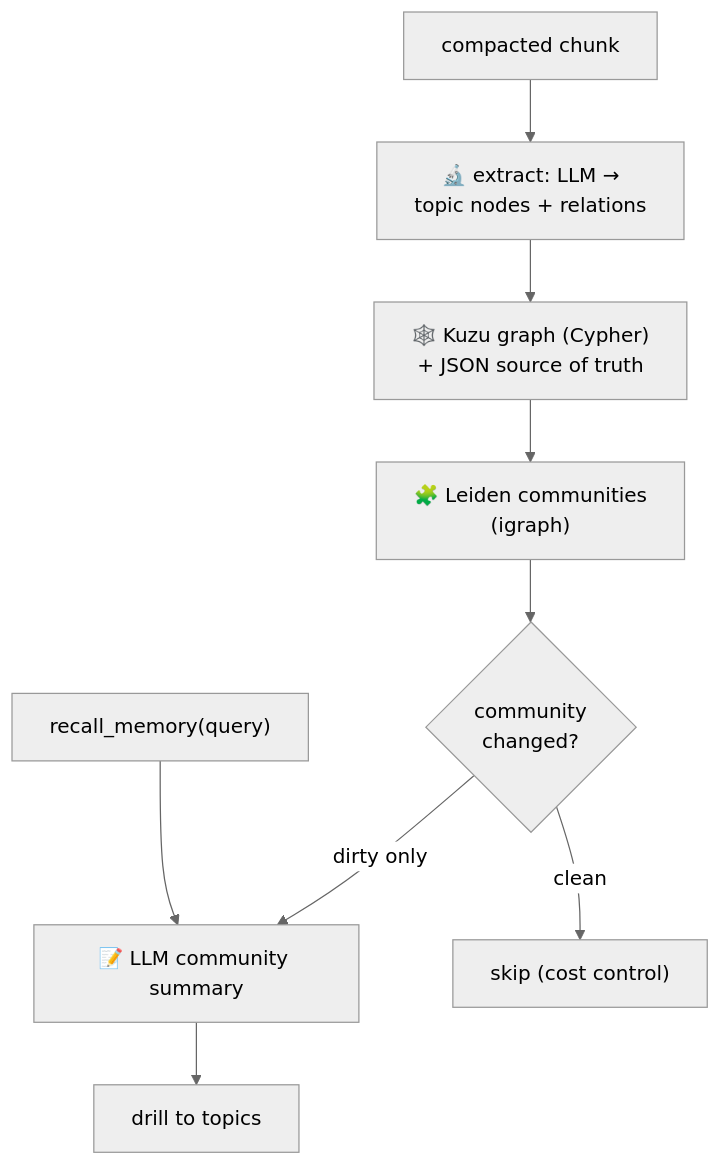
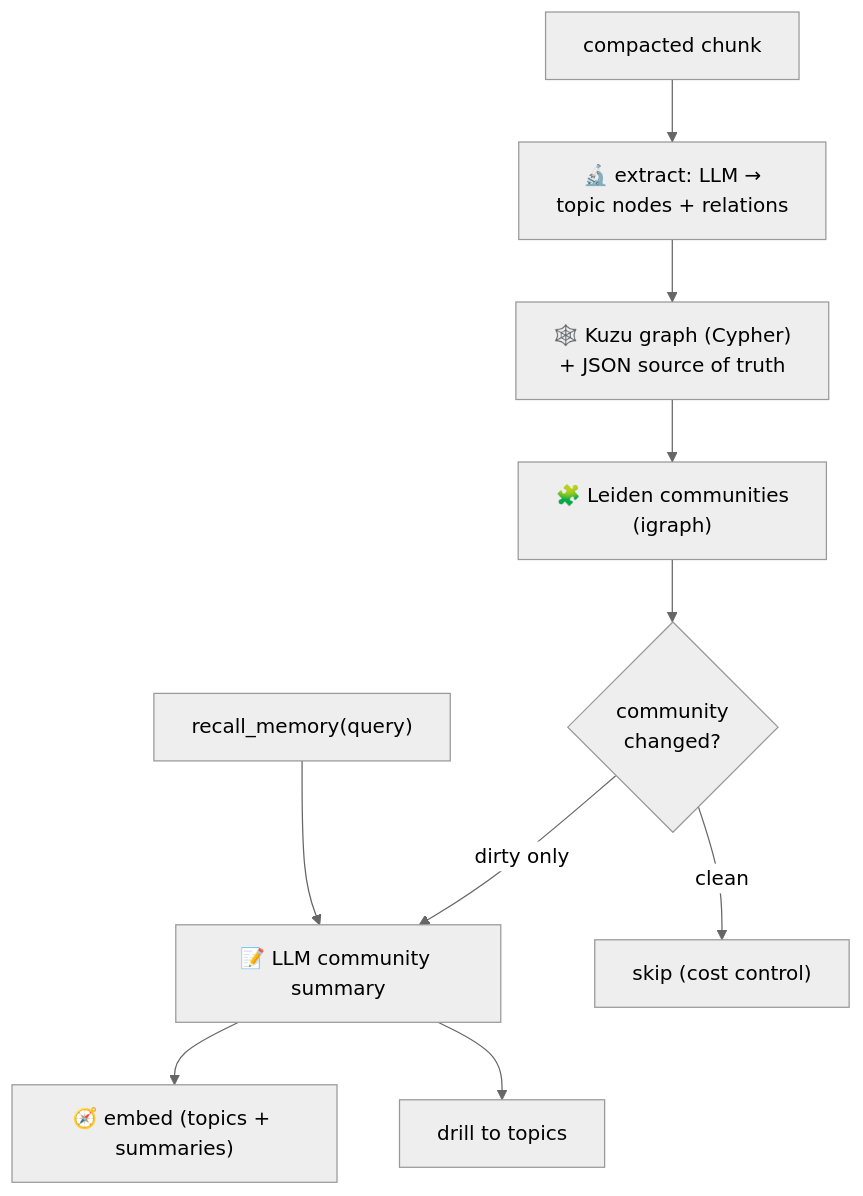
One commit to budaesandrei/talos changed the second of 2 diagrams in docs/13-long-running.md. Above: the diagram before and after it, drawn with Mermaid (neutral theme). The commit also changed other lines of this file and 79 other files, not shown here.

````diff
--- a/docs/13-long-running.md
+++ b/docs/13-long-running.md
@@ -36,11 +36,12 @@
 ```mermaid
 flowchart TB
     C["compacted chunk"] --> E["🔬 extract: LLM →<br/>topic nodes + relations"]
     E --> K["🕸️ Kuzu graph (Cypher)<br/>+ JSON source of truth"]
     K --> L["🧩 Leiden communities<br/>(igraph)"]
     L --> D{"community<br/>changed?"}
     D -- "dirty only" --> SUM["📝 LLM community summary"]
     D -- clean --> SKIP["skip (cost control)"]
+    SUM --> V["🧭 embed (topics + summaries)"]
     Q["recall_memory(query)"] --> SUM
     SUM --> LEAF["drill to topics"]
 ```
````
